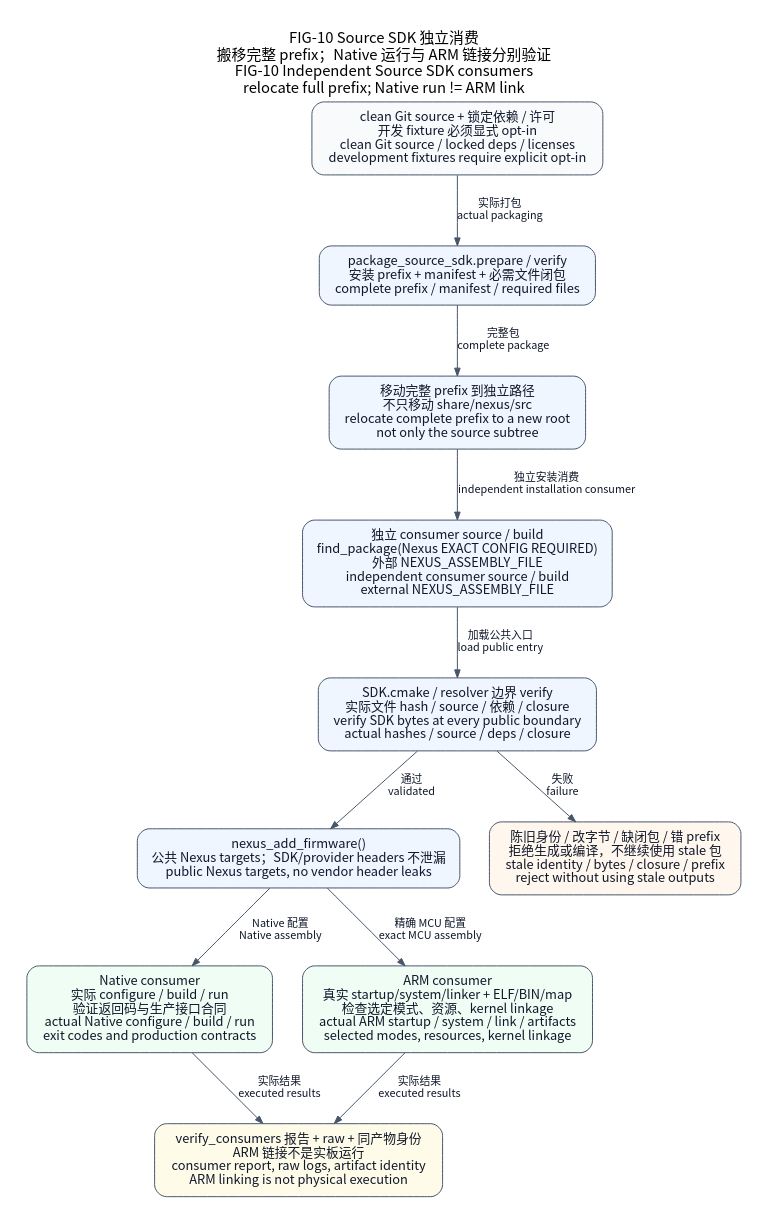
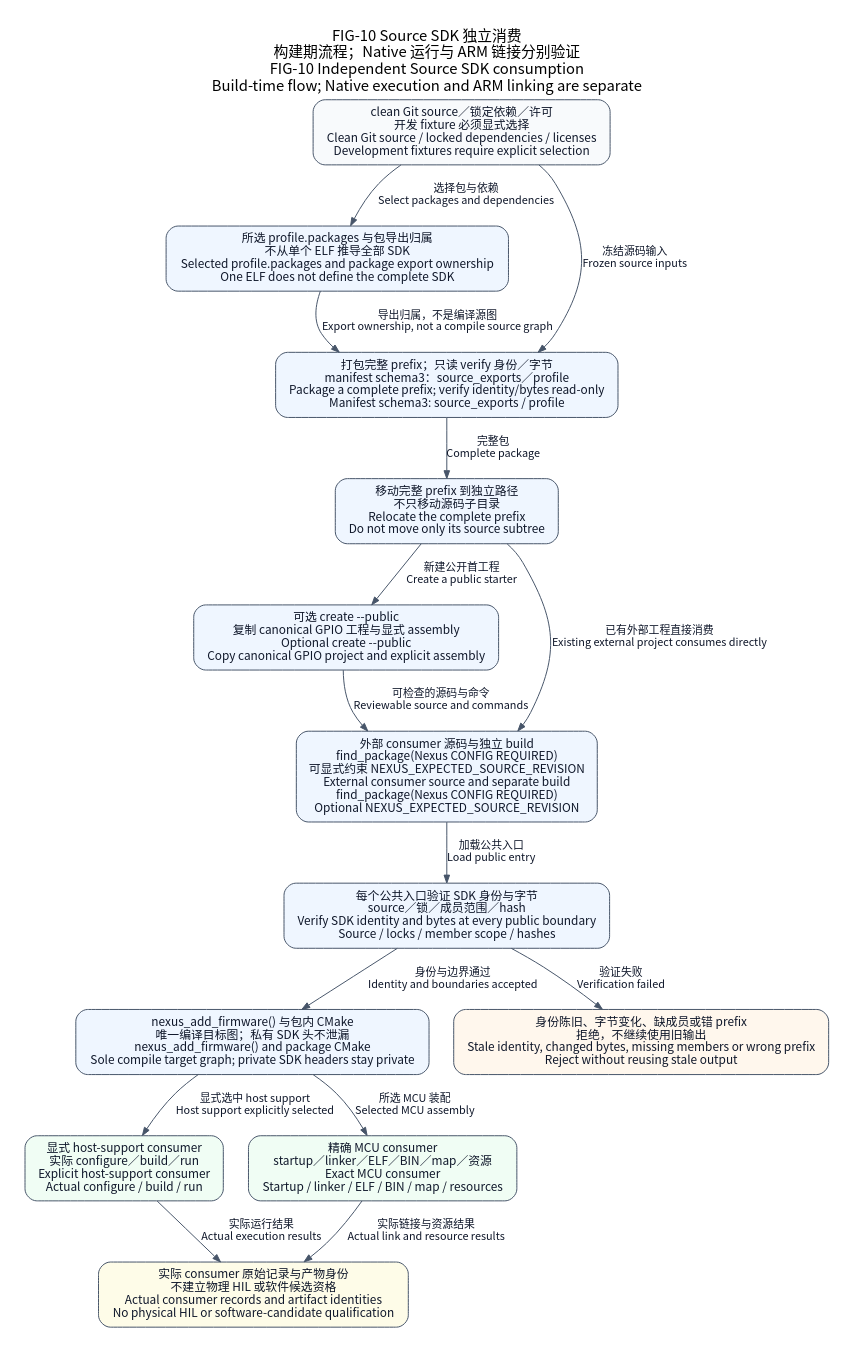
The diagram in docs/assets/diagrams/source-sdk-consumer.dot (X-Gen-Lab/nexus), drawn with Graphviz before and after one commit. The commit also changed 614 other files, not shown here.

Commit message:
refactor(platform): assemble MCU packages from declarative facts

```diff
--- a/docs/assets/diagrams/source-sdk-consumer.dot
+++ b/docs/assets/diagrams/source-sdk-consumer.dot
@@ -1,50 +1,33 @@
-// FIG-10 current: source-backed, scoped engineering view.
-// Code basis: 0111c8d3b9c7b37d258b9c401070305b13b6f3a1.
-// Relations and qualification limits are documented in README.md.
+// Current scoped view. Build-time arrows and runtime calls are labeled explicitly.
+// Code basis: cmake/package/package_source_sdk.py; cmake/platform/SDK.cmake; tools/dev/projects.py; cmake/package/verify_consumers.py
 digraph SourceSdkConsumer {
-    graph [newrank=true, rankdir=TB, bgcolor="white", pad=0.28, nodesep=0.42,
-           ranksep=0.66, fontname="Noto Sans CJK SC", fontsize=15,
-           labelloc=t];
-    node [shape=box, style="rounded,filled", fillcolor="#eff6ff",
-          color="#475569", fontcolor="#0f172a", fontname="Noto Sans CJK SC",
-          fontsize=13, margin="0.18,0.12"];
-    edge [color="#475569", fontcolor="#0f172a",
-          fontname="Noto Sans CJK SC", fontsize=11, arrowsize=0.8];
-
-    graph [label="FIG-10 Source SDK 独立消费
-搬移完整 prefix；Native 运行与 ARM 链接分别验证\nFIG-10 Independent Source SDK consumers\nrelocate full prefix; Native run != ARM link"];
-    source [label="clean Git source + 锁定依赖 / 许可
-开发 fixture 必须显式 opt-in\nclean Git source / locked deps / licenses\ndevelopment fixtures require explicit opt-in", fillcolor="#f8fafc"];
-    package [label="package_source_sdk.prepare / verify
-安装 prefix + manifest + 必需文件闭包\ncomplete prefix / manifest / required files"];
-    move [label="移动完整 prefix 到独立路径
-不只移动 share/nexus/src\nrelocate complete prefix to a new root\nnot only the source subtree"];
-    consumer [label="独立 consumer source / build
-find_package(Nexus EXACT CONFIG REQUIRED)
-外部 NEXUS_ASSEMBLY_FILE\nindependent consumer source / build\nexternal NEXUS_ASSEMBLY_FILE"];
-    verify [label="SDK.cmake / resolver 边界 verify
-实际文件 hash / source / 依赖 / closure\nverify SDK bytes at every public boundary\nactual hashes / source / deps / closure"];
-    target [label="nexus_add_firmware()
-公共 Nexus targets；SDK/provider headers 不泄漏\npublic Nexus targets, no vendor header leaks"];
-    native [label="Native consumer
-实际 configure / build / run
-验证返回码与生产接口合同\nactual Native configure / build / run\nexit codes and production contracts", fillcolor="#f0fdf4"];
-    arm [label="ARM consumer
-真实 startup/system/linker + ELF/BIN/map
-检查选定模式、资源、kernel linkage\nactual ARM startup / system / link / artifacts\nselected modes, resources, kernel linkage", fillcolor="#f0fdf4"];
-    reject [label="陈旧身份 / 改字节 / 缺闭包 / 错 prefix
-拒绝生成或编译，不继续使用 stale 包\nstale identity / bytes / closure / prefix\nreject without using stale outputs", fillcolor="#fff7ed"];
-    reports [label="verify_consumers 报告 + raw + 同产物身份
-ARM 链接不是实板运行\nconsumer report, raw logs, artifact identity\nARM linking is not physical execution", fillcolor="#fefce8"];
-    source -> package [label="实际打包\nactual packaging"];
-    package -> move [label="完整包\ncomplete package"];
-    move -> consumer [label="独立安装消费\nindependent installation consumer"];
-    consumer -> verify [label="加载公共入口\nload public entry"];
-    verify -> target [label="通过\nvalidated"];
-    verify -> reject [label="失败\nfailure"];
-    target -> native [label="Native 配置\nNative assembly"];
-    target -> arm [label="精确 MCU 配置\nexact MCU assembly"];
-    native -> reports [label="实际结果\nexecuted results"];
-    arm -> reports [label="实际结果\nexecuted results"];
-    { rank=same; native; arm; }
+    graph [label="FIG-10 Source SDK 独立消费\n构建期流程；Native 运行与 ARM 链接分别验证\nFIG-10 Independent Source SDK consumption\nBuild-time flow; Native execution and ARM linking are separate", rankdir=TB, bgcolor="white", pad=0.25, nodesep=0.35, ranksep=0.52, fontname="Noto Sans CJK SC", fontsize=15, labelloc=t];
+    node [shape=box, style="rounded,filled", fillcolor="#eff6ff", color="#475569", fontcolor="#0f172a", fontname="Noto Sans CJK SC", fontsize=12, margin="0.16,0.10"];
+    edge [color="#475569", fontcolor="#0f172a", fontname="Noto Sans CJK SC", fontsize=11, arrowsize=0.8];
+    source [label="clean Git source／锁定依赖／许可\n开发 fixture 必须显式选择\nClean Git source / locked dependencies / licenses\nDevelopment fixtures require explicit selection", fillcolor="#f8fafc"];
+    scope [label="所选 profile.packages 与包导出归属\n不从单个 ELF 推导全部 SDK\nSelected profile.packages and package export ownership\nOne ELF does not define the complete SDK"];
+    package [label="打包完整 prefix；只读 verify 身份／字节\nmanifest schema3：source_exports／profile\nPackage a complete prefix; verify identity/bytes read-only\nManifest schema3: source_exports / profile"];
+    move [label="移动完整 prefix 到独立路径\n不只移动源码子目录\nRelocate the complete prefix\nDo not move only its source subtree"];
+    creator [label="可选 create --public\n复制 canonical GPIO 工程与显式 assembly\nOptional create --public\nCopy canonical GPIO project and explicit assembly"];
+    consumer [label="外部 consumer 源码与独立 build\nfind_package(Nexus CONFIG REQUIRED)\n可显式约束 NEXUS_EXPECTED_SOURCE_REVISION\nExternal consumer source and separate build\nfind_package(Nexus CONFIG REQUIRED)\nOptional NEXUS_EXPECTED_SOURCE_REVISION"];
+    verify [label="每个公共入口验证 SDK 身份与字节\nsource／锁／成员范围／hash\nVerify SDK identity and bytes at every public boundary\nSource / locks / member scope / hashes"];
+    target [label="nexus_add_firmware() 与包内 CMake\n唯一编译目标图；私有 SDK 头不泄漏\nnexus_add_firmware() and package CMake\nSole compile target graph; private SDK headers stay private"];
+    native [label="显式 host-support consumer\n实际 configure／build／run\nExplicit host-support consumer\nActual configure / build / run", fillcolor="#f0fdf4"];
+    arm [label="精确 MCU consumer\nstartup／linker／ELF／BIN／map／资源\nExact MCU consumer\nStartup / linker / ELF / BIN / map / resources", fillcolor="#f0fdf4"];
+    reject [label="身份陈旧、字节变化、缺成员或错 prefix\n拒绝，不继续使用旧输出\nStale identity, changed bytes, missing members or wrong prefix\nReject without reusing stale output", fillcolor="#fff7ed"];
+    reports [label="实际 consumer 原始记录与产物身份\n不建立物理 HIL 或软件候选资格\nActual consumer records and artifact identities\nNo physical HIL or software-candidate qualification", fillcolor="#fefce8"];
+    source -> scope [label="选择包与依赖\nSelect packages and dependencies"];
+    source -> package [label="冻结源码输入\nFrozen source inputs"];
+    scope -> package [label="导出归属，不是编译源图\nExport ownership, not a compile source graph"];
+    package -> move [label="完整包\nComplete package"];
+    move -> creator [label="新建公开首工程\nCreate a public starter"];
+    creator -> consumer [label="可检查的源码与命令\nReviewable source and commands"];
+    move -> consumer [label="已有外部工程直接消费\nExisting external project consumes directly"];
+    consumer -> verify [label="加载公共入口\nLoad public entry"];
+    verify -> target [label="身份与边界通过\nIdentity and boundaries accepted"];
+    verify -> reject [label="验证失败\nVerification failed"];
+    target -> native [label="显式选中 host support\nHost support explicitly selected"];
+    target -> arm [label="所选 MCU 装配\nSelected MCU assembly"];
+    native -> reports [label="实际运行结果\nActual execution results"];
+    arm -> reports [label="实际链接与资源结果\nActual link and resource results"];
 }
```
